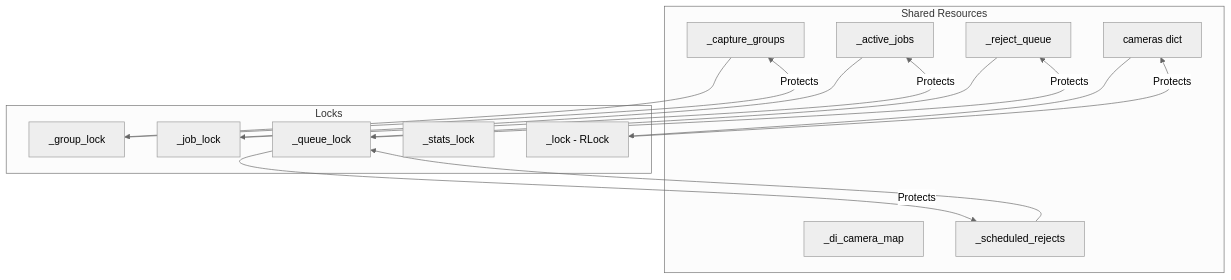
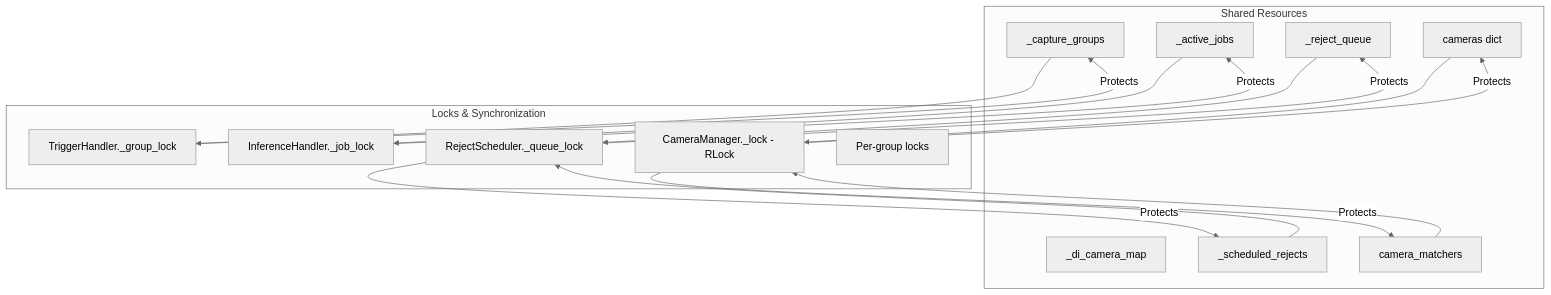
Before and after one commit to ngocthien2306/ocr_datecode: diagram 12 of 14 in ai_services/docs/CLASS_DIAGRAM.md, drawn with Mermaid (neutral theme). The commit also changed other lines of this file and 1 other file, not shown here.

Commit message:
update trigger and document for class diagram

````diff
--- a/ai_services/docs/CLASS_DIAGRAM.md
+++ b/ai_services/docs/CLASS_DIAGRAM.md
@@ -454,31 +1009,34 @@
 ```mermaid
 graph TB
     subgraph "Shared Resources"
         SR1[_di_camera_map]
         SR2[_capture_groups]
         SR3[_active_jobs]
         SR4[_reject_queue]
         SR5[_scheduled_rejects]
         SR6[cameras dict]
+        SR7[camera_matchers]
     end
 
-    subgraph "Locks"
-        L1[_group_lock]
-        L2[_job_lock]
-        L3[_queue_lock]
-        L4[_stats_lock]
-        L5[_lock - RLock]
+    subgraph "Locks & Synchronization"
+        L1[TriggerHandler._group_lock]
+        L2[InferenceHandler._job_lock]
+        L3[RejectScheduler._queue_lock]
+        L4[CameraManager._lock - RLock]
+        L5[Per-group locks]
     end
 
     SR2 --> L1
     SR3 --> L2
     SR4 --> L3
     SR5 --> L3
-    SR6 --> L5
+    SR6 --> L4
+    SR7 --> L4
 
     L1 --> |Protects| SR2
     L2 --> |Protects| SR3
     L3 --> |Protects| SR4
     L3 --> |Protects| SR5
-    L5 --> |Protects| SR6
+    L4 --> |Protects| SR6
+    L4 --> |Protects| SR7
 ```
````
